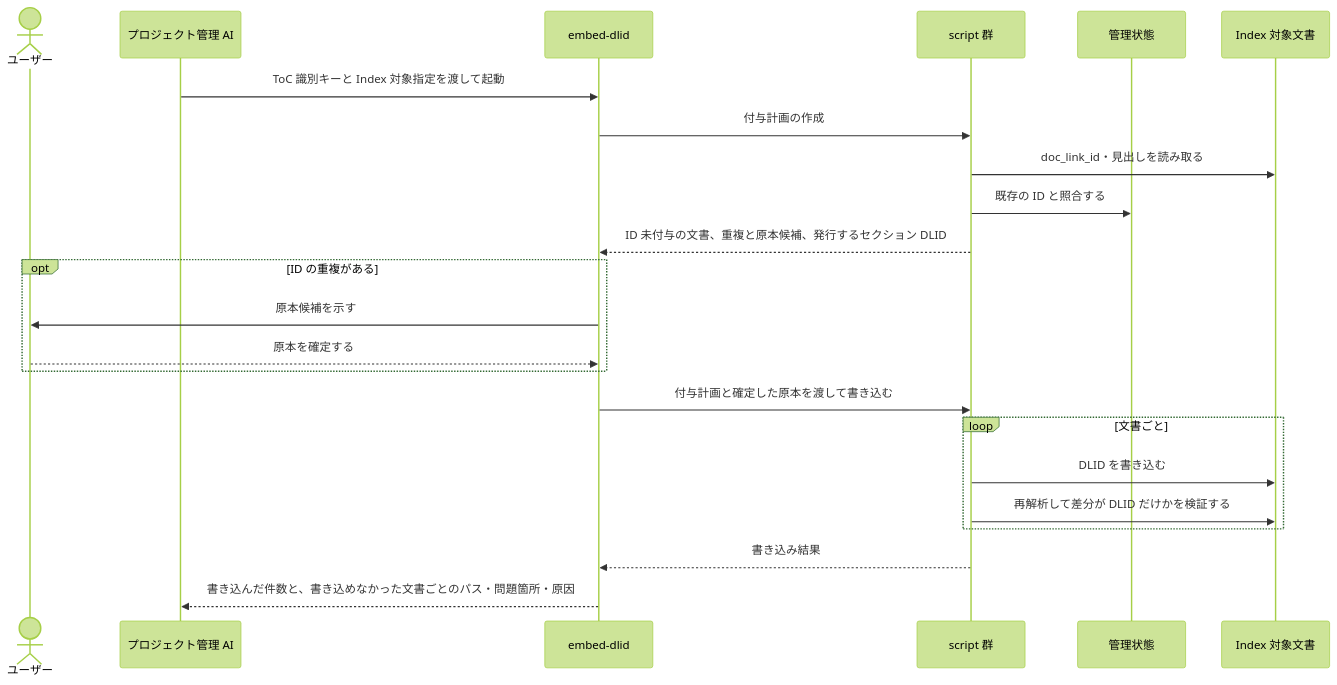
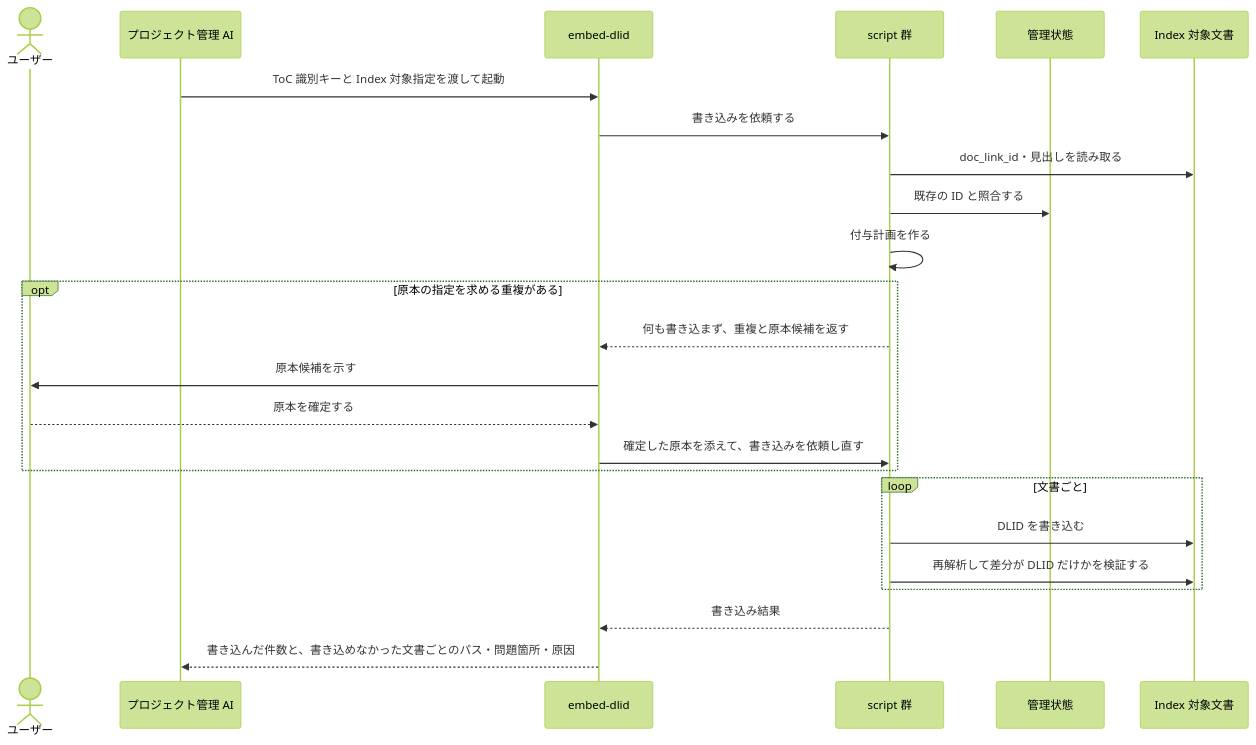
The second of 10 diagrams in docs/specs/design/DES-010_skill-composition.md (BlueEventHorizon/doc-link), drawn with Mermaid (forest theme) before and after one commit. The commit also changed other lines of this file and 9 other files, not shown here.

First line of the commit message:
refactor(doc-link): embed-dlid の SKILL が最初から apply を呼び、書き込むかを script の終了コードで決める

````diff
--- a/docs/specs/design/DES-010_skill-composition.md
+++ b/docs/specs/design/DES-010_skill-composition.md
@@ -142,26 +142,27 @@
 ```mermaid
 sequenceDiagram
     actor User as ユーザー
     participant PM as プロジェクト管理 AI
     participant Skill as embed-dlid
     participant Scripts as script 群
     participant State as 管理状態
     participant Docs as Index 対象文書
 
     PM->>Skill: ToC 識別キーと Index 対象指定を渡して起動
-    Skill->>Scripts: 付与計画の作成
+    Skill->>Scripts: 書き込みを依頼する
     Scripts->>Docs: doc_link_id・見出しを読み取る
     Scripts->>State: 既存の ID と照合する
-    Scripts-->>Skill: ID 未付与の文書、重複と原本候補、発行するセクション DLID
-    opt ID の重複がある
+    Scripts->>Scripts: 付与計画を作る
+    opt 原本の指定を求める重複がある
+        Scripts-->>Skill: 何も書き込まず、重複と原本候補を返す
         Skill->>User: 原本候補を示す
         User-->>Skill: 原本を確定する
+        Skill->>Scripts: 確定した原本を添えて、書き込みを依頼し直す
     end
-    Skill->>Scripts: 付与計画と確定した原本を渡して書き込む
     loop 文書ごと
         Scripts->>Docs: DLID を書き込む
         Scripts->>Docs: 再解析して差分が DLID だけかを検証する
     end
     Scripts-->>Skill: 書き込み結果
     Skill-->>PM: 書き込んだ件数と、書き込めなかった文書ごとのパス・問題箇所・原因
 ```
````
